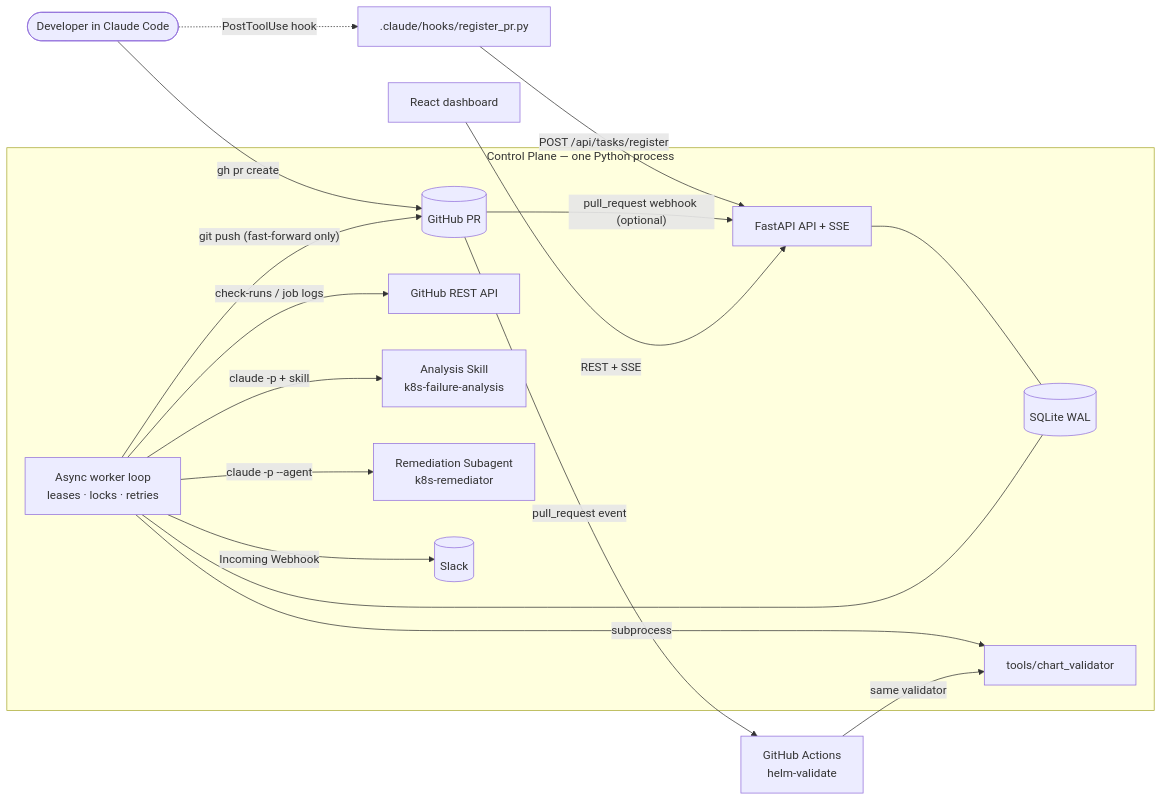
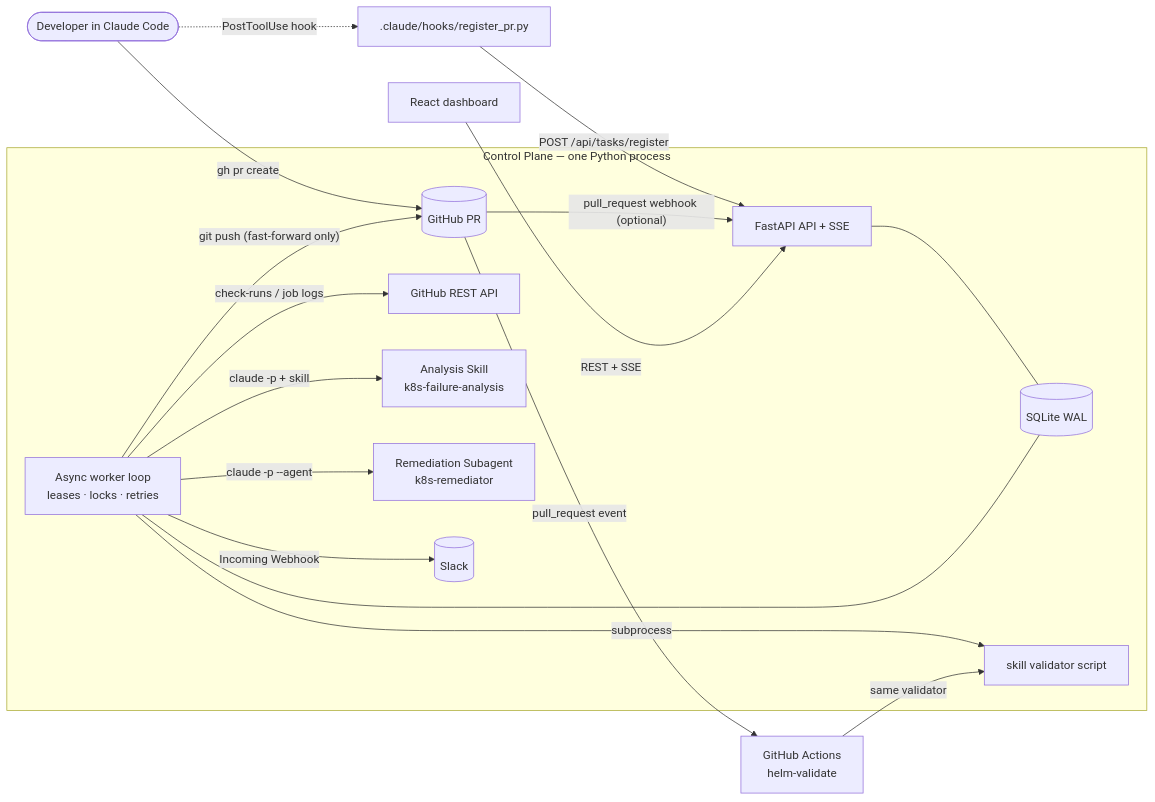
One commit to brinops/ai-workshop changed the first of 2 diagrams in docs/ARCHITECTURE.md. Above: the diagram before and after it, drawn with Mermaid. The commit also changed other lines of this file and 37 other files, not shown here.

````diff
--- a/docs/ARCHITECTURE.md
+++ b/docs/ARCHITECTURE.md
@@ -11,22 +11,22 @@
 ```mermaid
 flowchart LR
     dev([Developer in Claude Code]) -- "gh pr create" --> GH[(GitHub PR)]
     dev -. PostToolUse hook .-> HOOK[.claude/hooks/register_pr.py]
     HOOK -- "POST /api/tasks/register" --> API
     GH -- "pull_request webhook (optional)" --> API
 
     subgraph CP[Control Plane — one Python process]
         API[FastAPI API + SSE] --- DB[(SQLite WAL)]
         WORKER[Async worker loop<br/>leases · locks · retries] --- DB
         WORKER -- "check-runs / job logs" --> GHAPI[GitHub REST API]
         WORKER -- "claude -p + skill" --> ANALYZE[Analysis Skill<br/>k8s-failure-analysis]
         WORKER -- "claude -p --agent" --> REMEDIATE[Remediation Subagent<br/>k8s-remediator]
-        WORKER -- "subprocess" --> VALIDATOR[tools/chart_validator]
+        WORKER -- "subprocess" --> VALIDATOR[skill validator script]
         WORKER -- "git push (fast-forward only)" --> GH
         WORKER -- "Incoming Webhook" --> SLACK[(Slack)]
     end
 
     GH -- "pull_request event" --> GHA[GitHub Actions<br/>helm-validate]
     GHA -- "same validator" --> VALIDATOR
     UI[React dashboard] -- "REST + SSE" --> API
 ```
````
